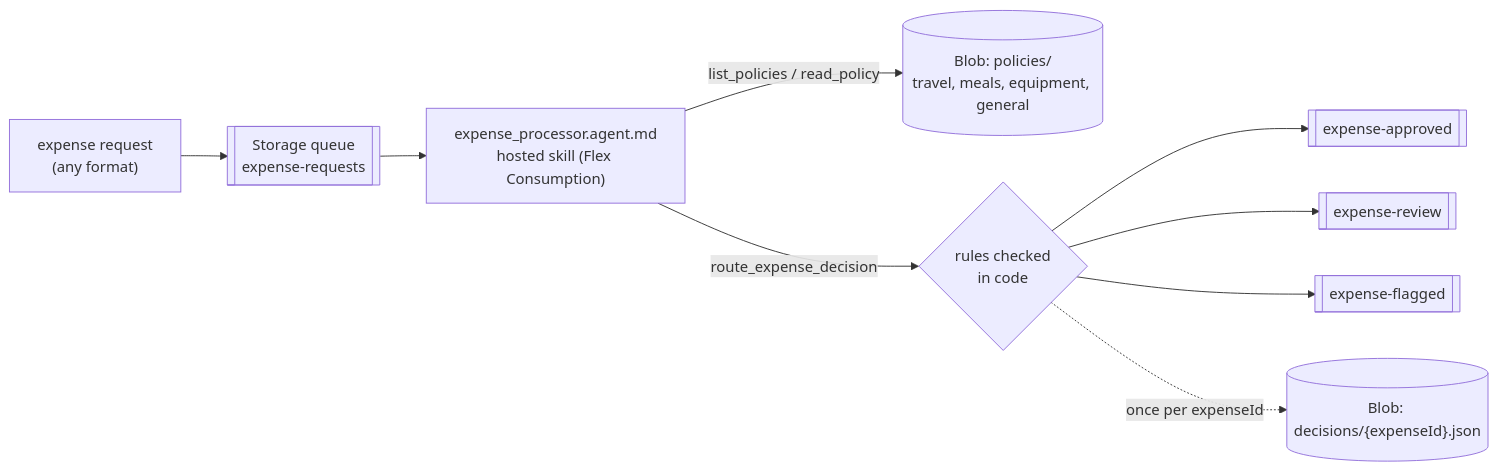
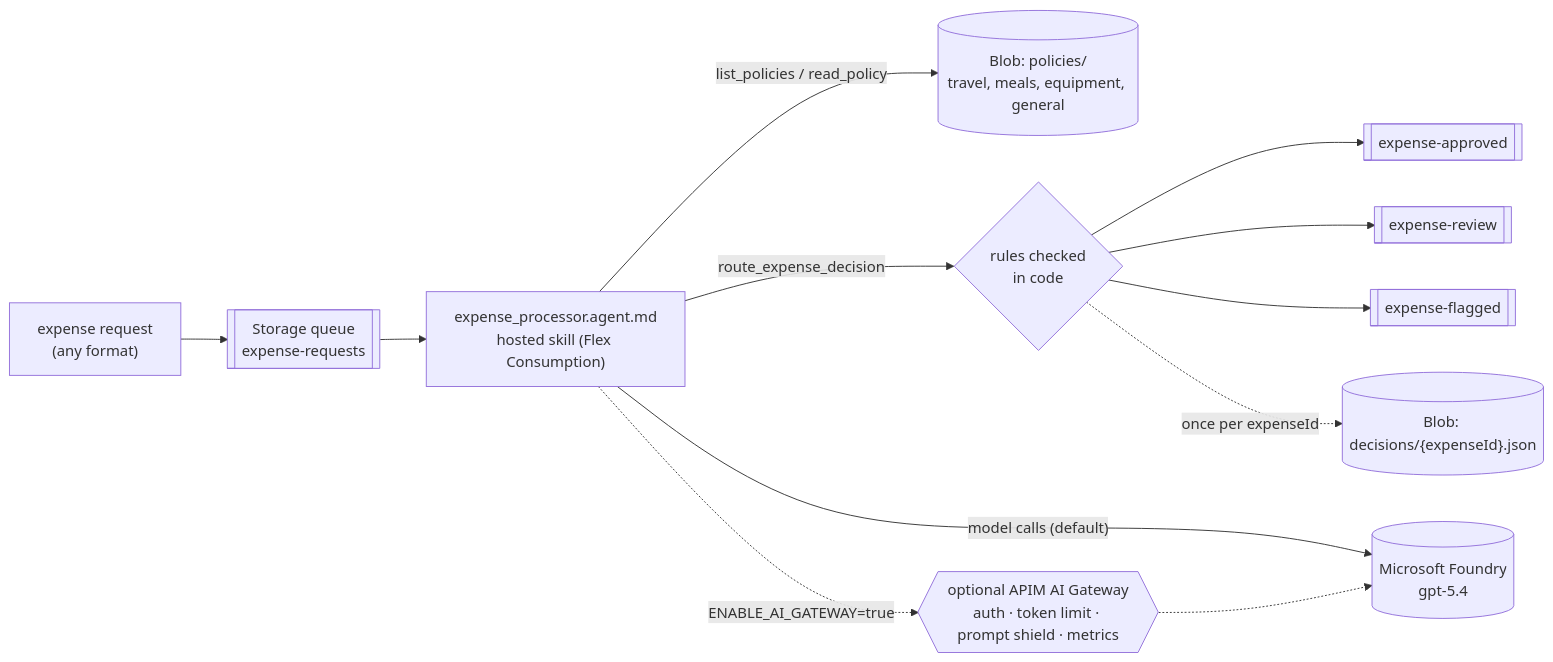
The diagram in expense-policy-queue/README.md (Azure-Samples/azure-functions-hosted-skills-samples), drawn with Mermaid before and after one commit. The commit also changed other lines of this file and 6 other files, not shown here.

First line of the commit message:
Add optional AI Gateway to expense-policy-queue

````diff
--- a/expense-policy-queue/README.md
+++ b/expense-policy-queue/README.md
@@ -9,11 +9,14 @@
 ```mermaid
 flowchart LR
     R["expense request<br/>(any format)"] --> Q[["Storage queue<br/>expense-requests"]]
     Q --> S["expense_processor.agent.md<br/>hosted skill (Flex Consumption)"]
     S -- list_policies / read_policy --> P[("Blob: policies/<br/>travel, meals, equipment, general")]
     S -- route_expense_decision --> D{"rules checked<br/>in code"}
     D --> A[["expense-approved"]]
     D --> V[["expense-review"]]
     D --> F[["expense-flagged"]]
     D -. once per expenseId .-> M[("Blob: decisions/{expenseId}.json")]
+    S -- "model calls (default)" --> FM[("Microsoft Foundry<br/>gpt-5.4")]
+    S -. "ENABLE_AI_GATEWAY=true" .-> G{{"optional APIM AI Gateway<br/>auth · token limit · prompt shield · metrics"}}
+    G -.-> FM
 ```
````
